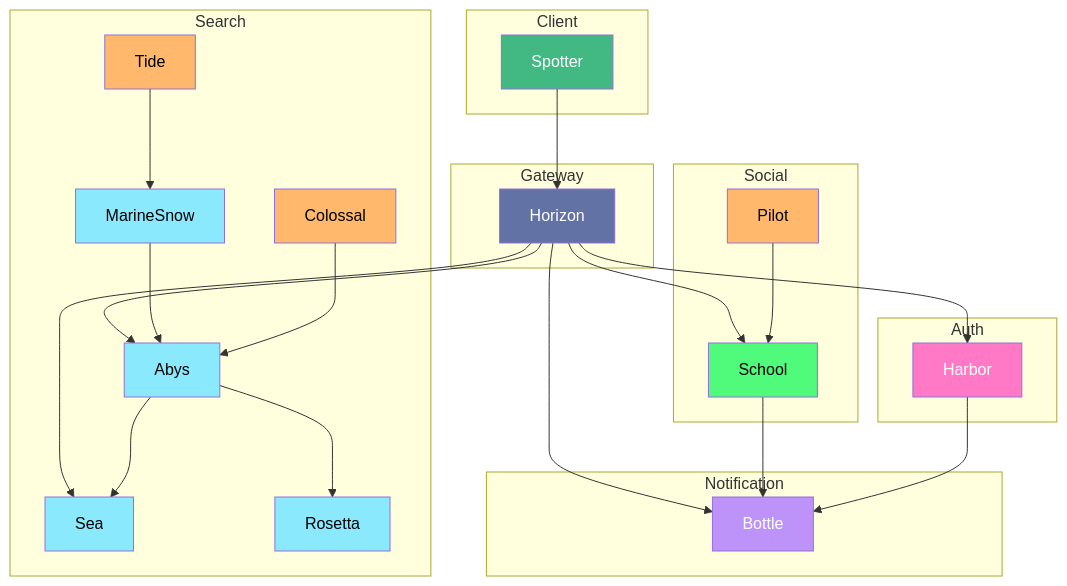
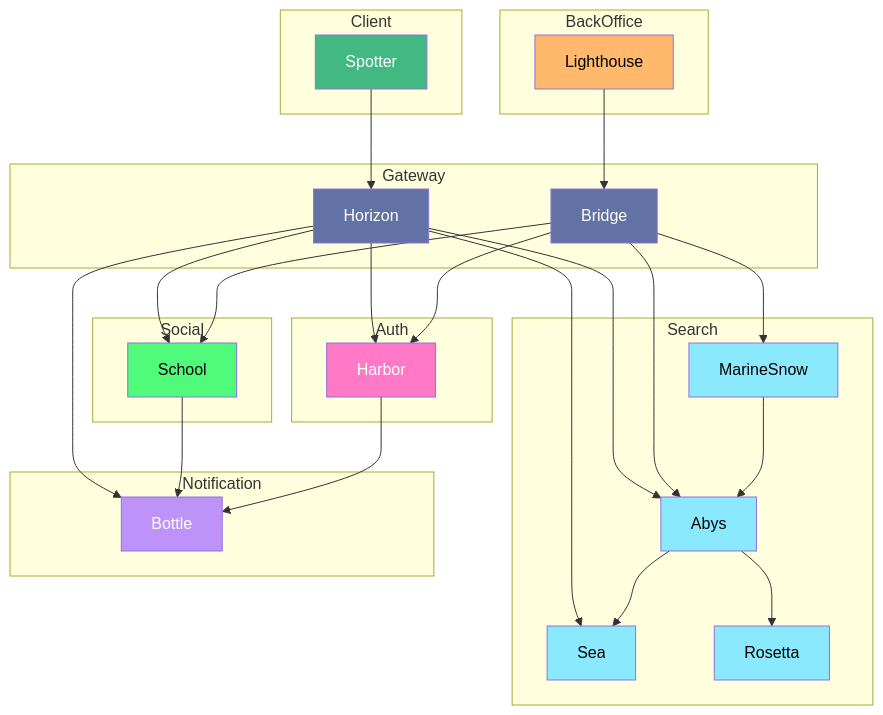
One commit to mathcovax/seaence changed the diagram in README.md. Above: the diagram before and after it, drawn with Mermaid. The commit also changed other lines of this file and 118 other files, not shown here.

Commit message:
feat(57): init lighthouse and bridge service

````diff
--- a/README.md
+++ b/README.md
@@ -94,73 +89,77 @@
 ```mermaid
 flowchart TB
     subgraph Client
         Spotter[Spotter]
     end
 
     subgraph Gateway
         Horizon[Horizon]
+        Bridge[Bridge]
     end
 
     subgraph Auth
         Harbor[Harbor]
     end
 
     subgraph Search
         Sea[Sea]
         Abys[Abys]
         Rosetta[Rosetta]
         MarineSnow[MarineSnow]
-        Colossal[Colossal]
-        Tide[Tide]
     end
 
     subgraph Social
         School[School]
-        Pilot[Pilot]
+    end
+
+    subgraph BackOffice
+        Lighthouse[Lighthouse]
     end
 
     subgraph Notification
         Bottle[Bottle]
     end
 
     %% Connexions Client
     Spotter --> Horizon
+    Lighthouse --> Bridge
 
     %% Connexions Gateway
     Horizon --> Harbor
     Horizon --> Sea
     Horizon --> Abys
     Horizon --> School
     Horizon --> Bottle
+    
+    Bridge --> Harbor
+    Bridge --> MarineSnow
+    Bridge --> Abys
+    Bridge --> School
 
     %% Connexions Search
     MarineSnow --> Abys
     Abys --> Sea
     Abys --> Rosetta
-    Colossal --> Abys
-    Tide --> MarineSnow
-    %% Connexions Social
-    Pilot --> School
 
     %% Connexions Notification
     School --> Bottle
     Harbor --> Bottle
 
     %% Styles
     classDef frontend fill:#42b883,color:white
     classDef gateway fill:#6272a4,color:white
     classDef auth fill:#ff79c6,color:white
     classDef search fill:#8be9fd,color:black
     classDef social fill:#50fa7b,color:black
     classDef bo fill:#ffb86c,color:black
     classDef notification fill:#bd93f9,color:white
 
     %% Application des styles
     class Spotter frontend
-    class Horizon gateway
+    class Horizon,Bridge gateway
     class Harbor auth
     class Sea,Abys,MarineSnow,Rosetta search
     class School social
-    class Colossal,Tide,Pilot bo
+    class Lighthouse bo
     class Bottle notification
 ```
````
